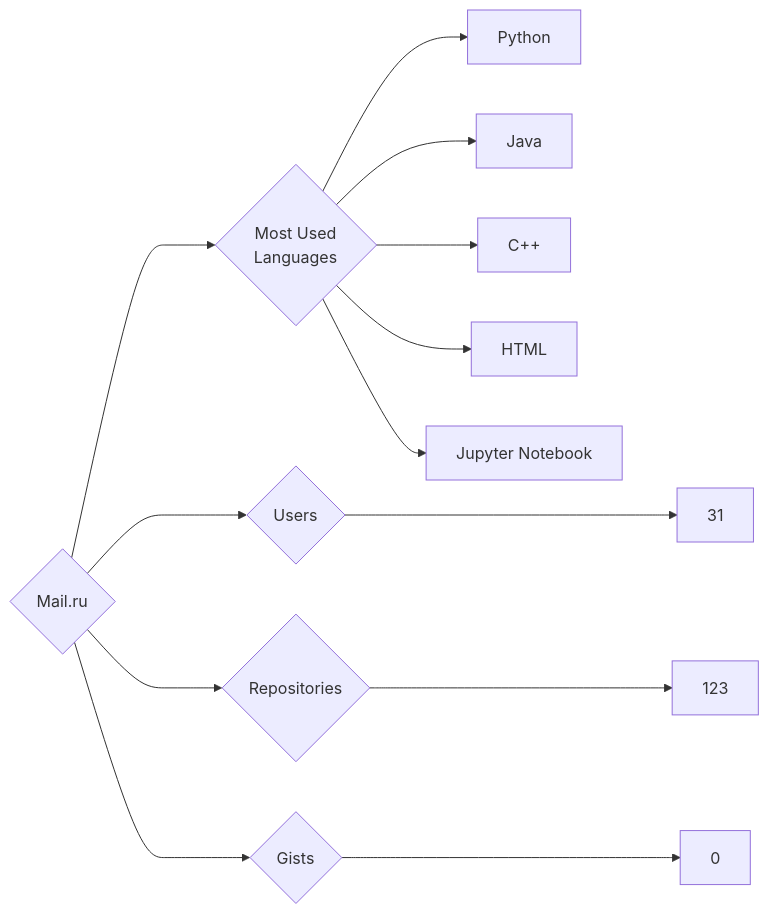
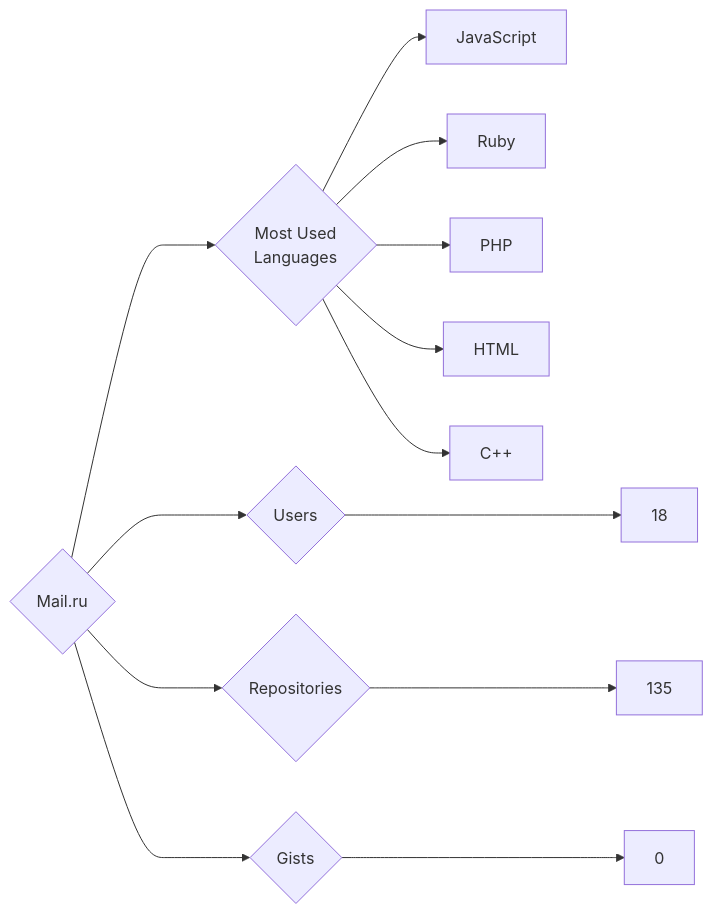
One commit to trickest/insiders changed the diagram in targets/Mail.ru/README.md. Above: the diagram before and after it, drawn with Mermaid. The commit also changed 888 other files, not shown here.

````diff
--- a/targets/Mail.ru/README.md
+++ b/targets/Mail.ru/README.md
@@ -3,13 +3,13 @@
 ```mermaid
 graph LR
 COMPANY_NAME{Mail.ru}
-COMPANY_NAME ---> U{Users} ---> UN[31]
-COMPANY_NAME ---> R{Repositories} ---> RN[123]
+COMPANY_NAME ---> U{Users} ---> UN[18]
+COMPANY_NAME ---> R{Repositories} ---> RN[135]
 COMPANY_NAME ---> G{Gists} ---> GN[0]
 COMPANY_NAME ---> ML{Most Used<br>Languages}
-ML --> Python[Python]
-ML --> Java[Java]
+ML --> JavaScript[JavaScript]
+ML --> Ruby[Ruby]
+ML --> PHP[PHP]
+ML --> HTML[HTML]
 ML --> C++[C++]
-ML --> HTML[HTML]
-ML --> Jupyter_Notebook[Jupyter Notebook]
 ```
````
